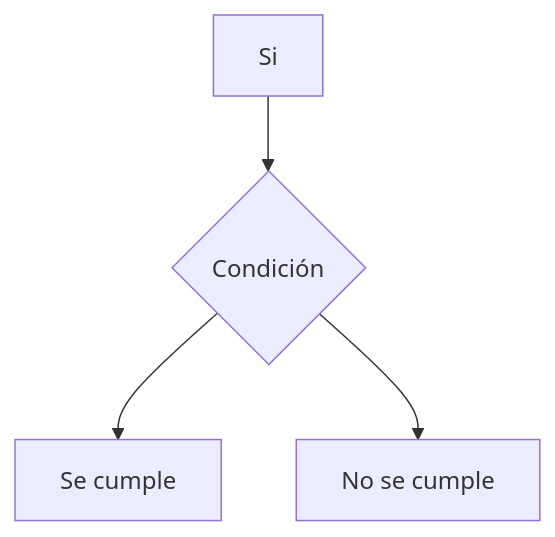
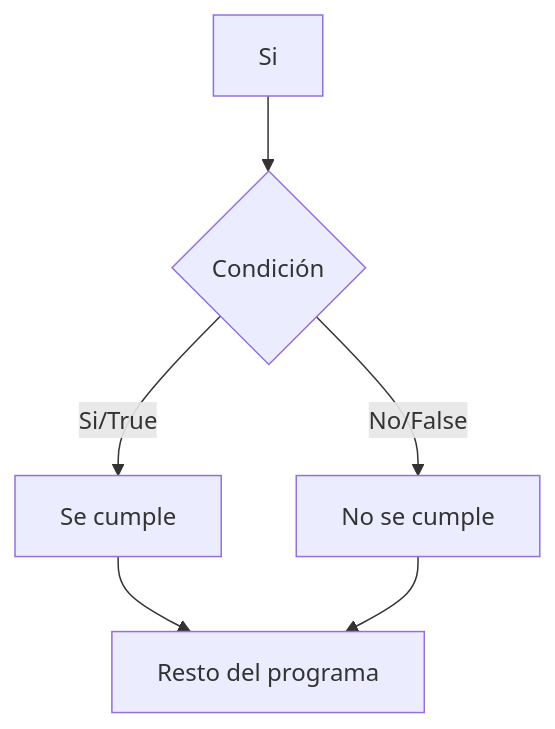
The first of 3 diagrams in sesion-3/estructuras-de-control.md (SebastianBoari/pensamiento-computacional), drawn with Mermaid before and after one commit. The commit also changed other lines of this file and 1 other file, not shown here.

````diff
--- a/sesion-3/estructuras-de-control.md
+++ b/sesion-3/estructuras-de-control.md
@@ -94,6 +94,8 @@
 ```mermaid
 flowchart TD
     A[Si] --> B{Condición}
-    B --> C[Se cumple]
-    B --> D[No se cumple]
+    B -->|Si/True| C[Se cumple]
+    B -->|No/False| D[No se cumple]
+    C --> F[Resto del programa]
+    D --> F[Resto del programa]
 ```
````
